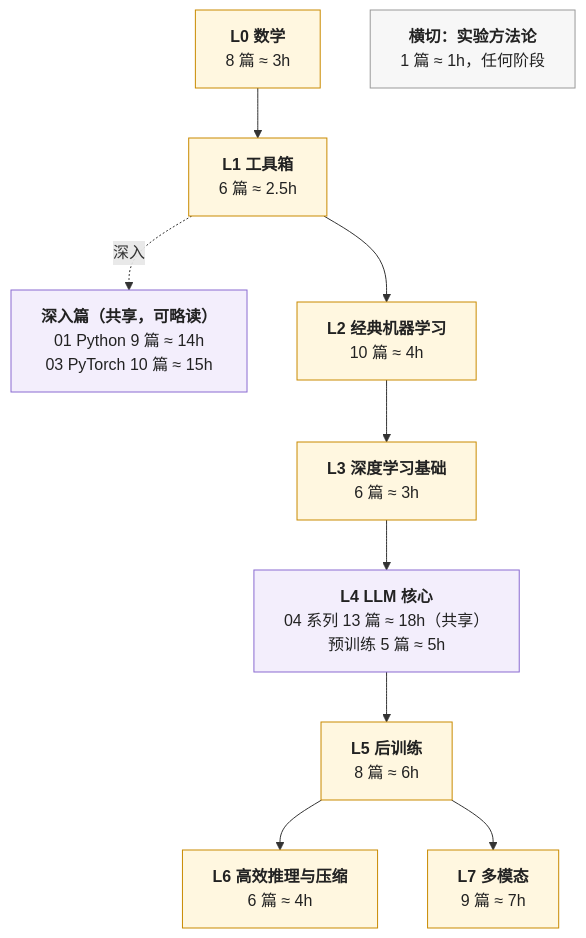
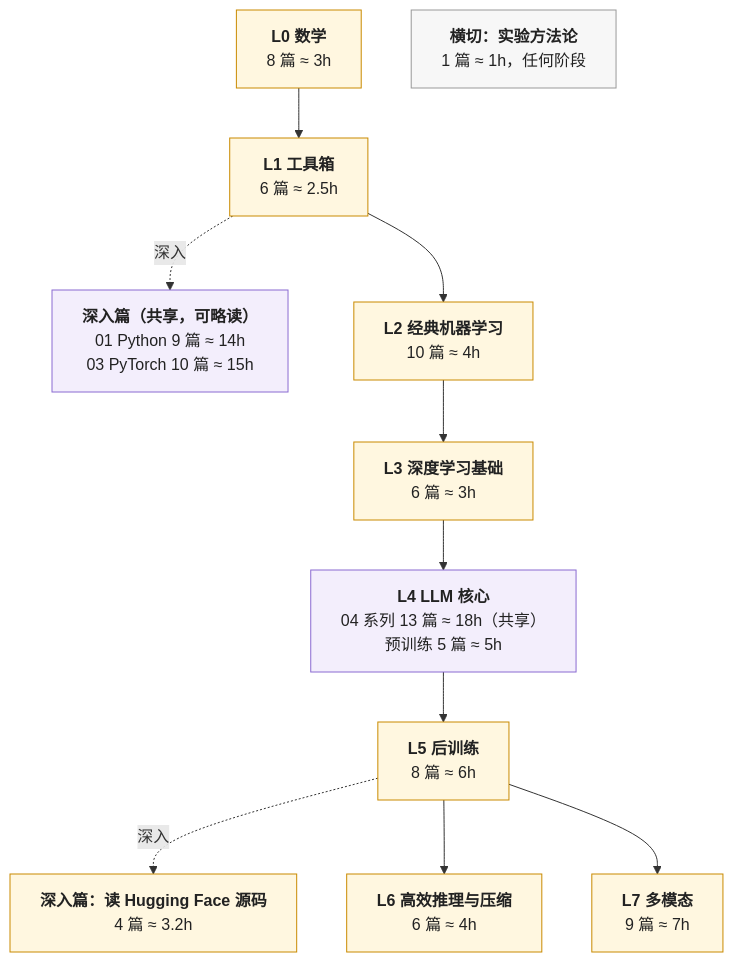
Before and after one commit to arganzheng/arganzheng.github.com: the second of 2 diagrams in _posts/2026-01-02-ai-algorithm-engineer-learning-roadmap.md, drawn with Mermaid. The commit also changed other lines of this file and 9 other files, not shown here.

First line of the commit message:
读 Hugging Face 源码：改期进算法地图，补总纲与总结（#122 / Discussion #50）

````diff
--- a/_posts/2026-01-02-ai-algorithm-engineer-learning-roadmap.md
+++ b/_posts/2026-01-02-ai-algorithm-engineer-learning-roadmap.md
@@ -89,38 +89,41 @@
 ```mermaid
 %%{init: {"flowchart": {"wrappingWidth": 260}}}%%
 %% 图：学习路径：L0–L7 八层加横切，紫色两处与 Infra 地图共享
 flowchart TB
     L0["`**L0 数学**
 8 篇 ≈ 3h`"]
     L1["`**L1 工具箱**
 6 篇 ≈ 2.5h`"]
     D["`**深入篇（共享，可略读）**
 01 Python 9 篇 ≈ 14h
 03 PyTorch 10 篇 ≈ 15h`"]
     L2["`**L2 经典机器学习**
 10 篇 ≈ 4h`"]
     L3["`**L3 深度学习基础**
 6 篇 ≈ 3h`"]
     L4["`**L4 LLM 核心**
 04 系列 13 篇 ≈ 18h（共享）
 预训练 5 篇 ≈ 5h`"]
     L5["`**L5 后训练**
 8 篇 ≈ 6h`"]
+    H["`**深入篇：读 Hugging Face 源码**
+4 篇 ≈ 3.2h`"]
     L6["`**L6 高效推理与压缩**
 6 篇 ≈ 4h`"]
     L7["`**L7 多模态**
 9 篇 ≈ 7h`"]
     X["`**横切：实验方法论**
 1 篇 ≈ 1h，任何阶段`"]
     L0 --> L1 --> L2 --> L3 --> L4 --> L5
     L1 -. 深入 .-> D
+    L5 -. 深入 .-> H
     L5 --> L6
     L5 --> L7
 
     classDef algo fill:#fff7e0,stroke:#c98a00,stroke-width:1px,color:#222
     classDef shared fill:#f3eefc,stroke:#8a6bd1,stroke-width:1px,color:#222
     classDef cross fill:#f7f7f7,stroke:#999,stroke-width:1px,color:#222
-    class L0,L1,L2,L3,L5,L6,L7 algo
+    class L0,L1,L2,L3,L5,L6,L7,H algo
     class D,L4 shared
     class X cross
 ```
````
